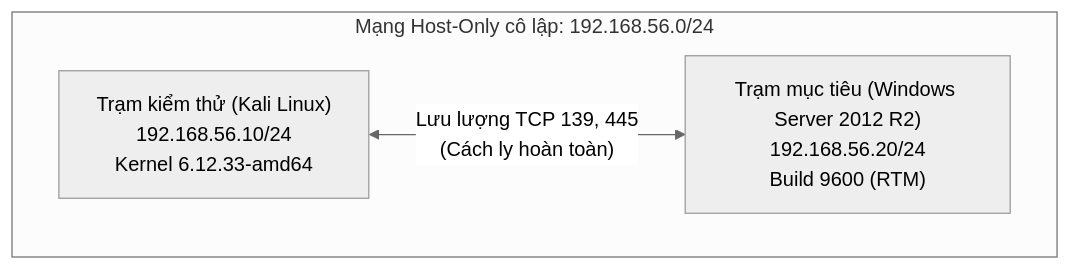
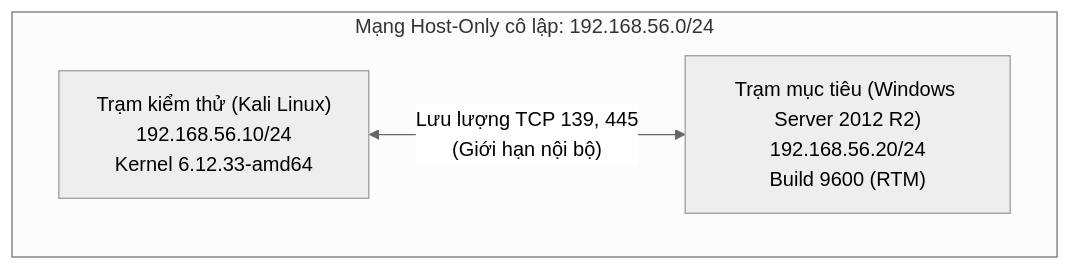
The diagram in work/do-an/CHAPTER_2.md (wrust0608/word-ppt-auto), drawn with Mermaid (neutral theme) before and after one commit. The commit also changed other lines of this file and 2 other files, not shown here.

````diff
--- a/work/do-an/CHAPTER_2.md
+++ b/work/do-an/CHAPTER_2.md
@@ -19,9 +19,9 @@
 ```mermaid
 flowchart LR
     subgraph HostOnlyNetwork [Mạng Host-Only cô lập: 192.168.56.0/24]
         direction LR
         Attacker["Trạm kiểm thử (Kali Linux)<br/>192.168.56.10/24<br/>Kernel 6.12.33-amd64"]
         Target["Trạm mục tiêu (Windows Server 2012 R2)<br/>192.168.56.20/24<br/>Build 9600 (RTM)"]
-        Attacker <-->|"Lưu lượng TCP 139, 445<br/>(Cách ly hoàn toàn)"| Target
+        Attacker <-->|"Lưu lượng TCP 139, 445<br/>(Giới hạn nội bộ)"| Target
     end
 ```
````
